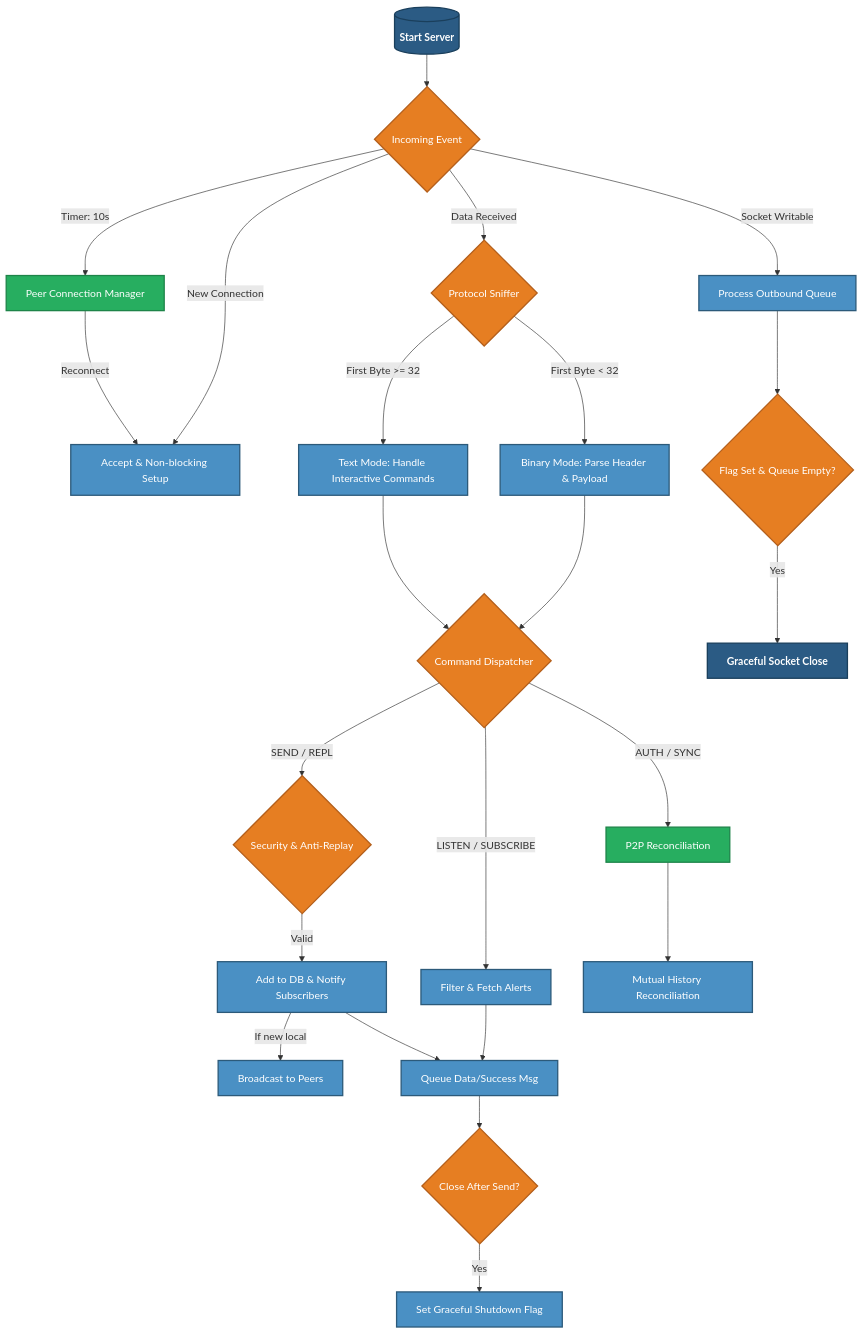
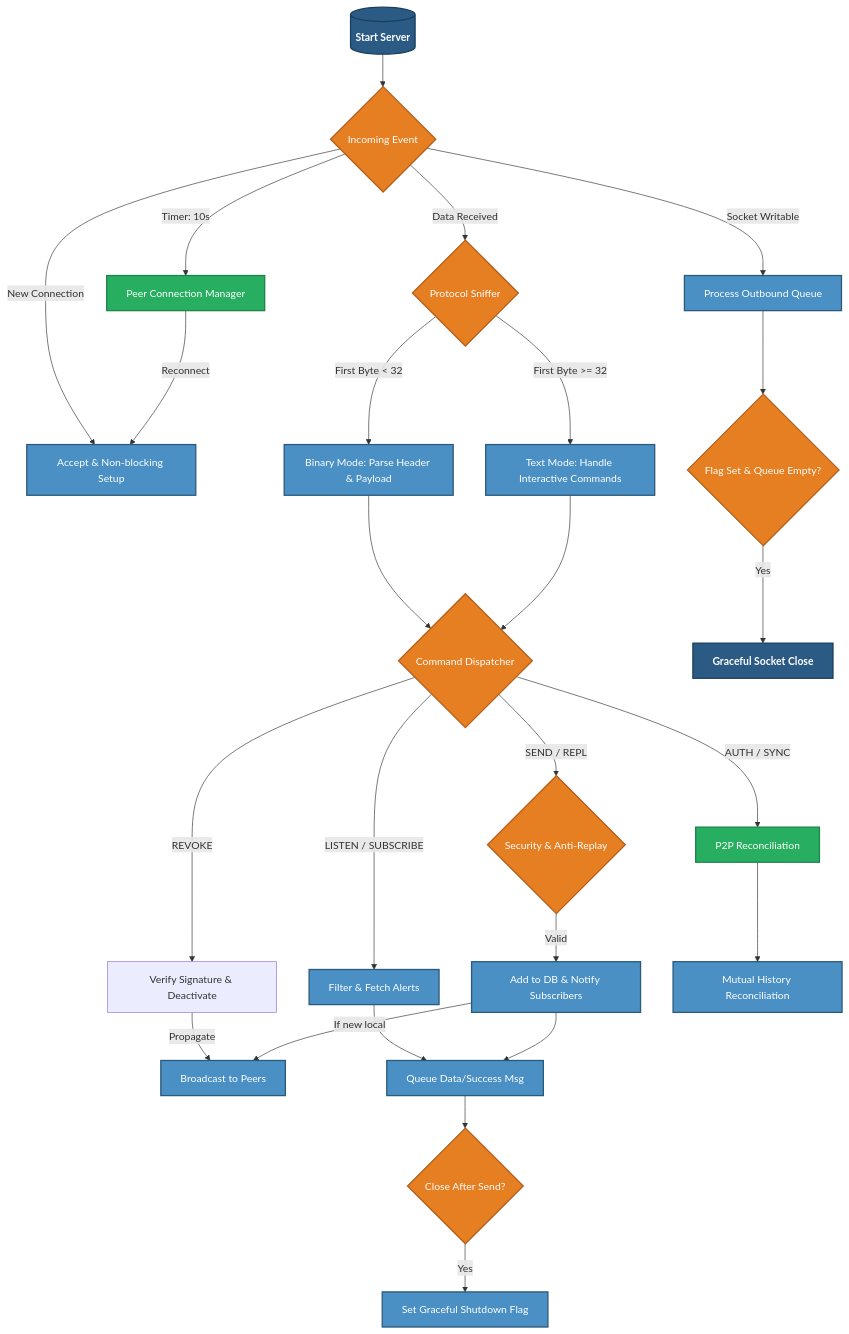
The first of 2 diagrams in readme.md (psqlmaster/gorgona), drawn with Mermaid before and after one commit. The commit also changed other lines of this file and 9 other files, not shown here.

````diff
--- a/readme.md
+++ b/readme.md
@@ -596,44 +613,46 @@
 ```mermaid
 graph TD
     A[("Start Server")] --> B{Incoming Event}
     B -->|New Connection| C["Accept & Non-blocking Setup"]
     B -->|Data Received| D{Protocol Sniffer}
     B -->|Timer: 10s| REPL_MGR["Peer Connection Manager"]
 
     D -->|First Byte < 32| E["Binary Mode: Parse Header & Payload"]
     D -->|First Byte >= 32| F["Text Mode: Handle Interactive Commands"]
 
     E --> G{Command Dispatcher}
     F --> G
 
     G -->|AUTH / SYNC| REPL_LOGIC["P2P Reconciliation"]
     G -->|SEND / REPL| H{Security & Anti-Replay}
     G -->|LISTEN / SUBSCRIBE| I["Filter & Fetch Alerts"]
+    G -->|REVOKE| REV["Verify Signature & Deactivate"]
+        REV -->|Propagate| FORWARD
 
     H -->|Valid| K["Add to DB & Notify Subscribers"]
     K -->|If new local| FORWARD["Broadcast to Peers"]
 
     REPL_LOGIC --> REPL_SYNC["Mutual History Reconciliation"]
     REPL_MGR -->|Reconnect| C
 
     I --> L["Queue Data/Success Msg"]
     K --> L
 
     L --> M{Close After Send?}
     M -->|Yes| N["Set Graceful Shutdown Flag"]
 
     B -->|Socket Writable| O["Process Outbound Queue"]
     O --> P{Flag Set & Queue Empty?}
     P -->|Yes| Q["Graceful Socket Close"]
 
     %% Styles
     classDef startEnd fill:#2b5b84,stroke:#1a3f5c,stroke-width:2px,color:#fff,font-weight:bold
     classDef process fill:#4a90c4,stroke:#2c5a7a,stroke-width:2px,color:#fff
     classDef decision fill:#e67e22,stroke:#b45f1b,stroke-width:2px,color:#fff
     classDef special fill:#27ae60,stroke:#1e8449,stroke-width:2px,color:#fff
 
     class A,Q startEnd
     class C,E,F,I,K,FORWARD,REPL_SYNC,L,N,O process
     class B,D,G,H,M,P decision
     class REPL_MGR,REPL_LOGIC special
 ```
````
